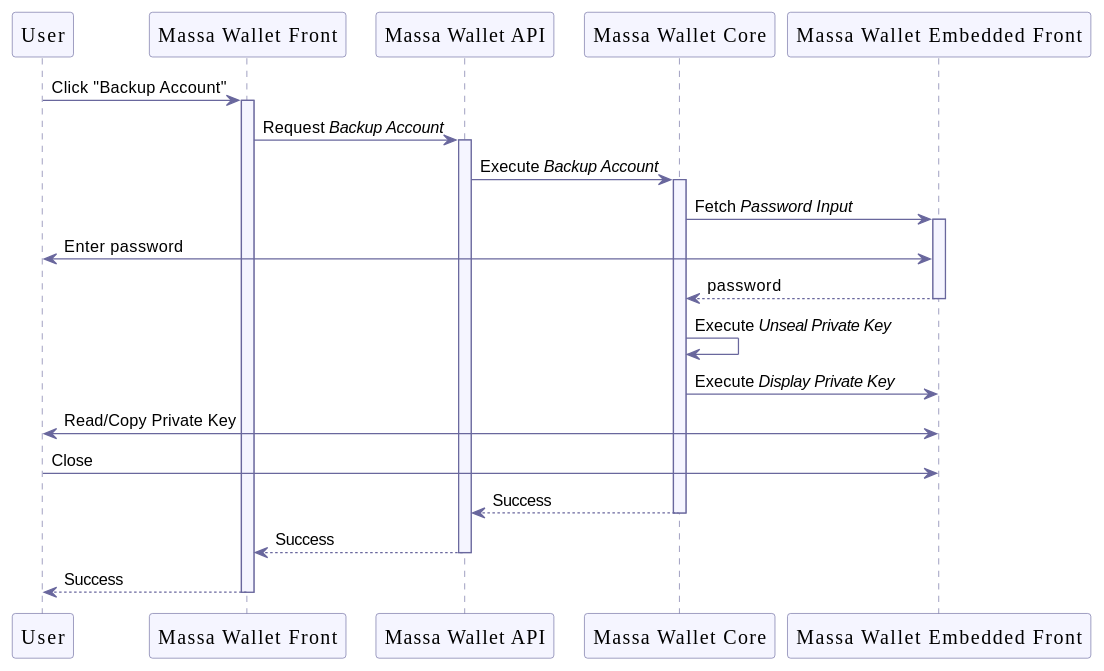
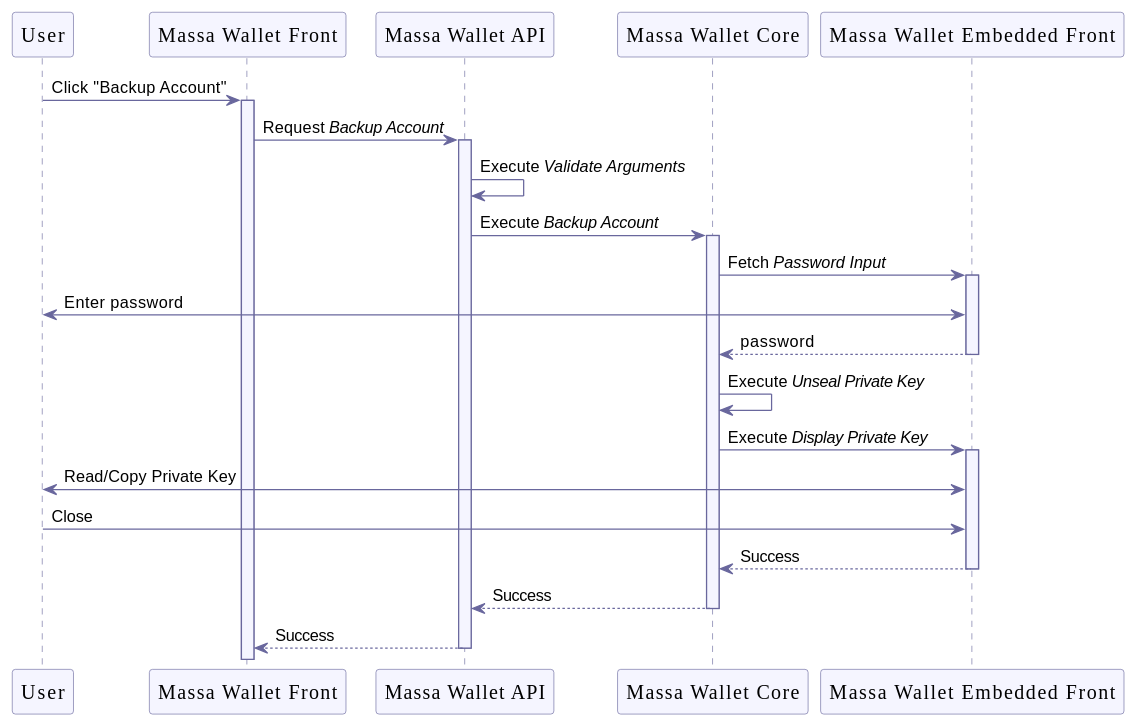
Before and after one commit to massalabs/station-massa-wallet: the fourth of 10 diagrams in documentation/wallet.adoc, drawn with PlantUML. The commit also changed other lines of this file, not shown here.

```diff
--- a/documentation/wallet.adoc
+++ b/documentation/wallet.adoc
@@ -329,39 +326,40 @@
 [plantuml, format="svg", id="backup-account", width="100%", role="center-image", options="interactive"]
 ----
 @startuml
 
 skinparam FontName Poppins
 
 skinparam sequence {
     ArrowColor #69679D
     LifeLineBorderColor #69679D
     LifeLineBackgroundColor #F5F5FF
 
     ParticipantBorderColor #69679D
     ParticipantBackgroundColor #F5F5FF
     ParticipantFontName Poppins
     ParticipantFontSize 16
     ParticipantFontColor #000000
 }
 
 participant "User" as user
 participant "Massa Wallet Front" as wallet_front
 participant "Massa Wallet API" as wallet_api
 participant "Massa Wallet Core" as wallet_core
 participant "Massa Wallet Embedded Front" as wallet_embedded_front
 
 user -> wallet_front ++ : Click "Backup Account"
     wallet_front -> wallet_api ++: Request //Backup Account//
+    wallet_api -> wallet_api: Execute //Validate Arguments//
         wallet_api -> wallet_core ++: Execute //Backup Account//
             wallet_core -> wallet_embedded_front ++: Fetch //Password Input//
             wallet_embedded_front <-> user: Enter password
             return password
         wallet_core -> wallet_core: Execute //Unseal Private Key//
-        wallet_core -> wallet_embedded_front: Execute //Display Private Key//
+        wallet_core -> wallet_embedded_front ++: Execute //Display Private Key//
         wallet_embedded_front <-> user: Read/Copy Private Key
         user -> wallet_embedded_front: Close
         return Success
     return Success
 return Success
 @enduml
 ----
```
